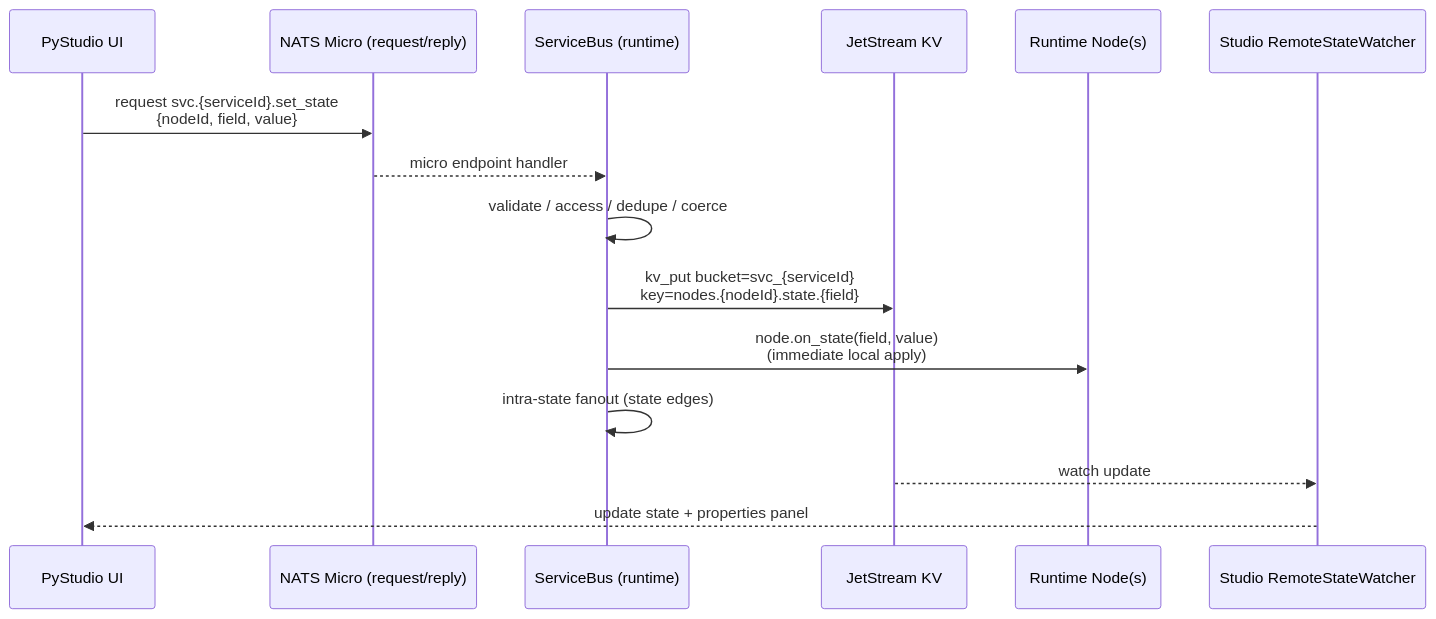
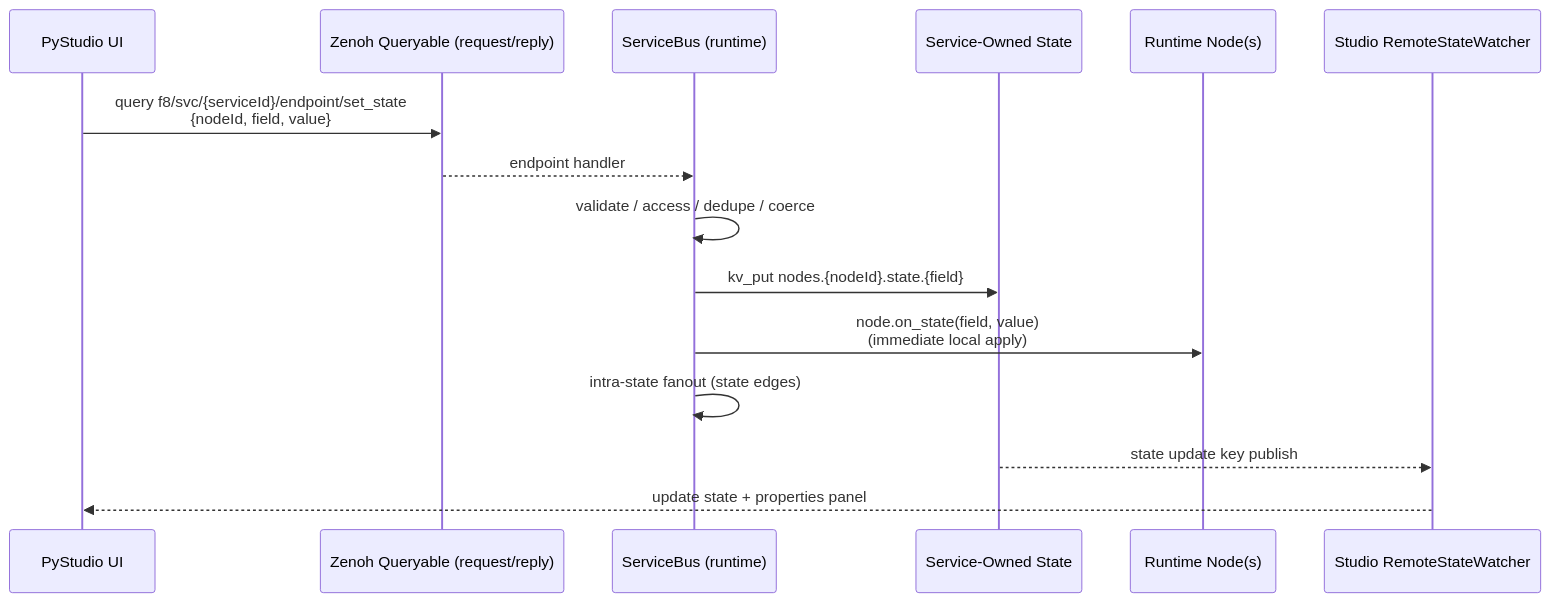
One commit to FrogThe2nd/f8studio changed the fourth of 7 diagrams in docs/deepdives/comm_bus.md. Above: the diagram before and after it, drawn with Mermaid. The commit also changed other lines of this file and 11 other files, not shown here.

````diff
--- a/docs/deepdives/comm_bus.md
+++ b/docs/deepdives/comm_bus.md
@@ -218,18 +220,18 @@
 ``` mermaid
 sequenceDiagram
   participant UI as PyStudio UI
-  participant N as NATS Micro (request/reply)
+  participant Z as Zenoh Queryable (request/reply)
   participant Bus as ServiceBus (runtime)
-  participant KV as JetStream KV
+  participant State as Service-Owned State
   participant Node as Runtime Node(s)
   participant Watch as Studio RemoteStateWatcher
 
-  UI->>N: request svc.{serviceId}.set_state<br/>{nodeId, field, value}
-  N-->>Bus: micro endpoint handler
+  UI->>Z: query f8/svc/{serviceId}/endpoint/set_state<br/>{nodeId, field, value}
+  Z-->>Bus: endpoint handler
   Bus->>Bus: validate / access / dedupe / coerce
-  Bus->>KV: kv_put bucket=svc_{serviceId}<br/>key=nodes.{nodeId}.state.{field}
+  Bus->>State: kv_put nodes.{nodeId}.state.{field}
   Bus->>Node: node.on_state(field, value)<br/>(immediate local apply)
   Bus->>Bus: intra-state fanout (state edges)
-  KV-->>Watch: watch update
+  State-->>Watch: state update key publish
   Watch-->>UI: update state + properties panel
 ```
````
